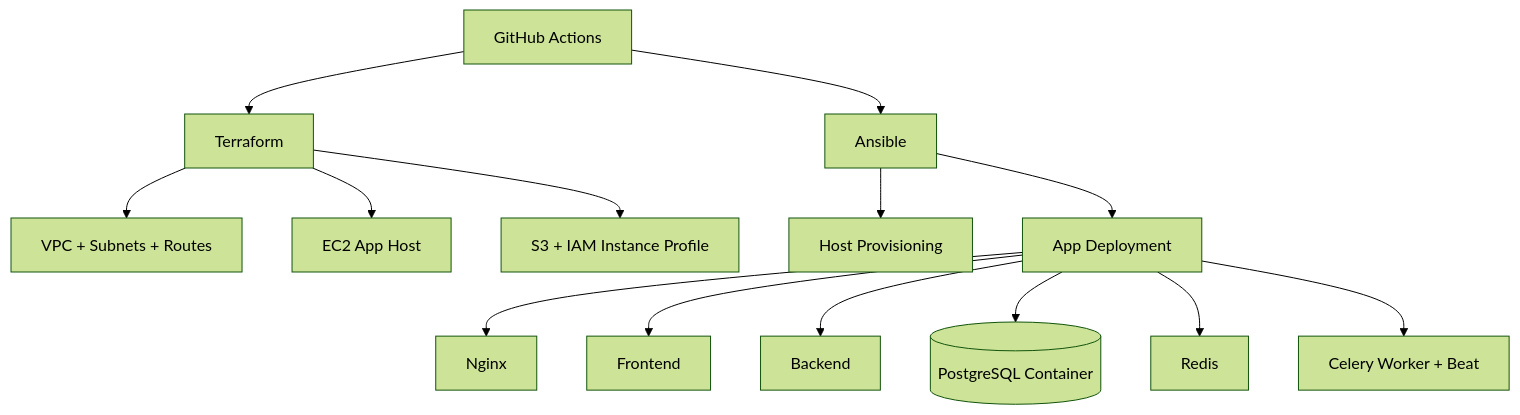
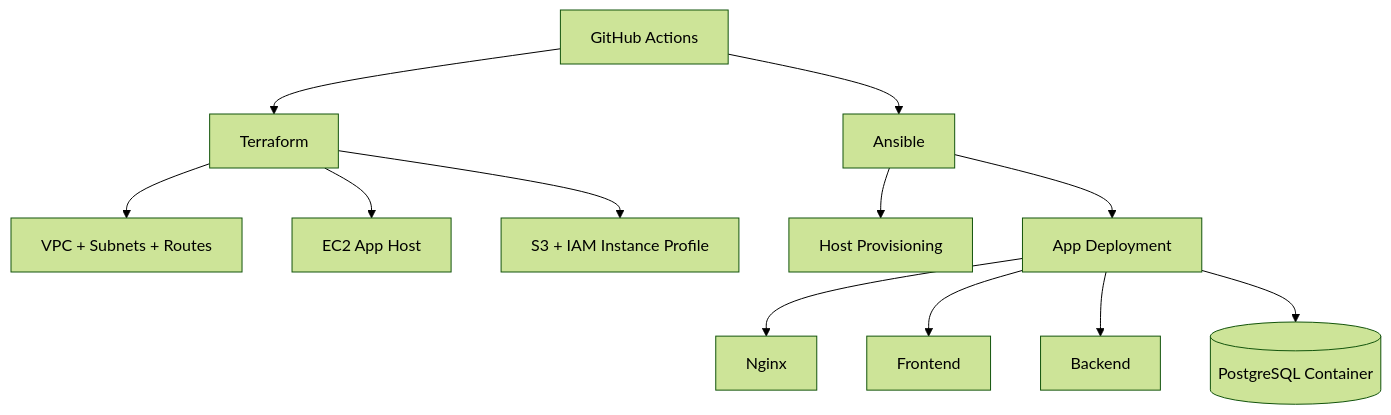
One commit to whatislavx/world-of-development-of-opportunities-and-change-infra changed the first of 2 diagrams in README.md. Above: the diagram before and after it, drawn with Mermaid (forest theme). The commit also changed other lines of this file and 21 other files, not shown here.

````diff
--- a/README.md
+++ b/README.md
@@ -40,19 +40,17 @@
 ```mermaid
 flowchart TD
     GH[GitHub Actions] --> TF[Terraform]
     GH --> ANS[Ansible]
 
     TF --> VPC[VPC + Subnets + Routes]
     TF --> EC2[EC2 App Host]
     TF --> S3[S3 + IAM Instance Profile]
 
     ANS --> HOST[Host Provisioning]
     ANS --> DEPLOY[App Deployment]
 
     DEPLOY --> NGINX[Nginx]
     DEPLOY --> FE[Frontend]
     DEPLOY --> BE[Backend]
     DEPLOY --> DB[(PostgreSQL Container)]
-    DEPLOY --> REDIS[Redis]
-    DEPLOY --> CELERY[Celery Worker + Beat]
 ```
````
